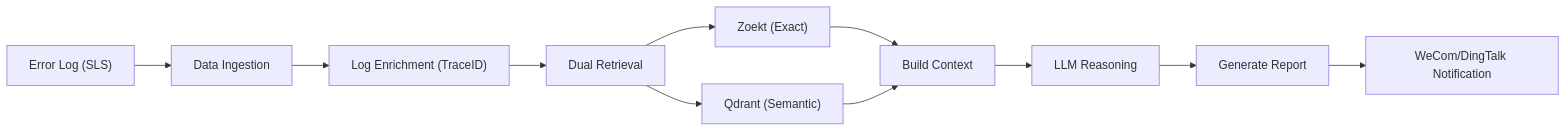
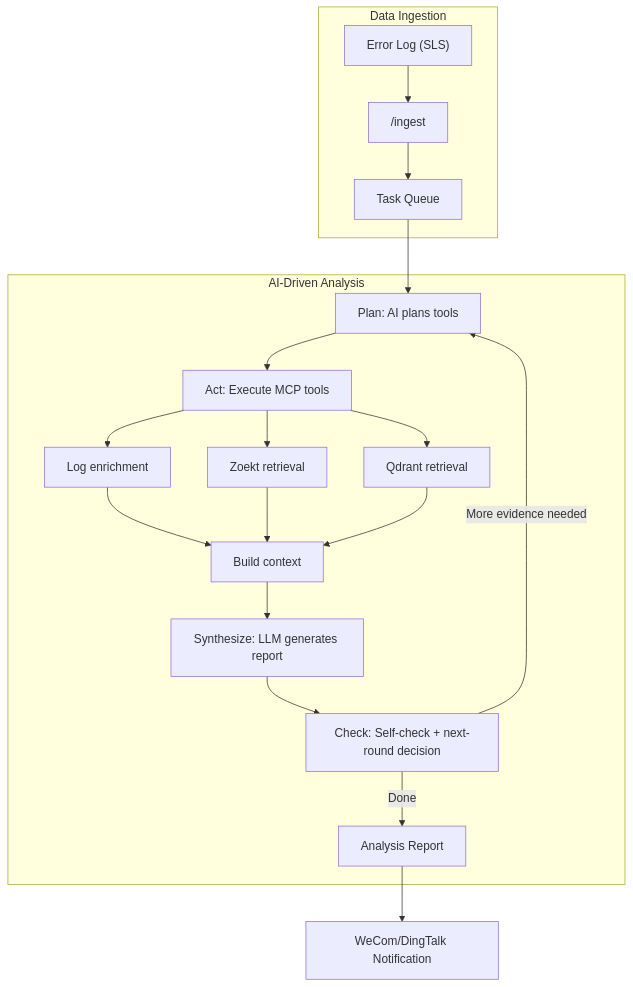
One commit to iceycn/root_seeker changed the diagram in README.en.md. Above: the diagram before and after it, drawn with Mermaid. The commit also changed other lines of this file and 55 other files, not shown here.

````diff
--- a/README.en.md
+++ b/README.en.md
@@ -57,13 +104,24 @@
 ```mermaid
-graph LR
-    Log["Error Log (SLS)"] --> Ingest["Data Ingestion"]
-    Ingest --> Enrich["Log Enrichment (TraceID)"]
-    Enrich --> Retrieval["Dual Retrieval"]
-    Retrieval --> Zoekt["Zoekt (Exact)"]
-    Retrieval --> Qdrant["Qdrant (Semantic)"]
-    Zoekt --> Context["Build Context"]
-    Qdrant --> Context
-    Context --> LLM["LLM Reasoning"]
-    LLM --> Report["Generate Report"]
+graph TB
+    subgraph Data Ingestion
+        Log["Error Log (SLS)"] --> Ingest["/ingest"]
+        Ingest --> Queue["Task Queue"]
+    end
+
+    subgraph AI-Driven Analysis
+        Queue --> Plan["Plan: AI plans tools"]
+        Plan --> Act["Act: Execute MCP tools"]
+        Act --> Enrich["Log enrichment"]
+        Act --> Zoekt["Zoekt retrieval"]
+        Act --> Qdrant["Qdrant retrieval"]
+        Enrich --> Context["Build context"]
+        Zoekt --> Context
+        Qdrant --> Context
+        Context --> Synthesize["Synthesize: LLM generates report"]
+        Synthesize --> Check["Check: Self-check + next-round decision"]
+        Check -->|More evidence needed| Plan
+        Check -->|Done| Report["Analysis Report"]
+    end
+
     Report --> Notify["WeCom/DingTalk Notification"]
 ```
````
